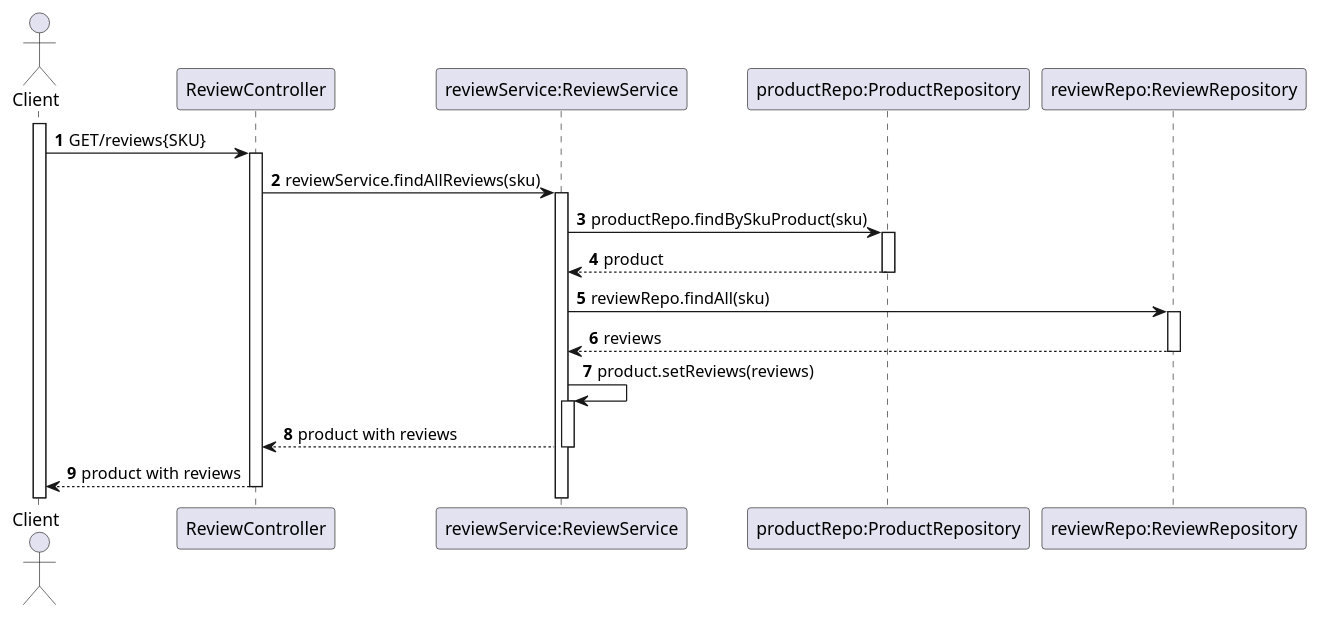
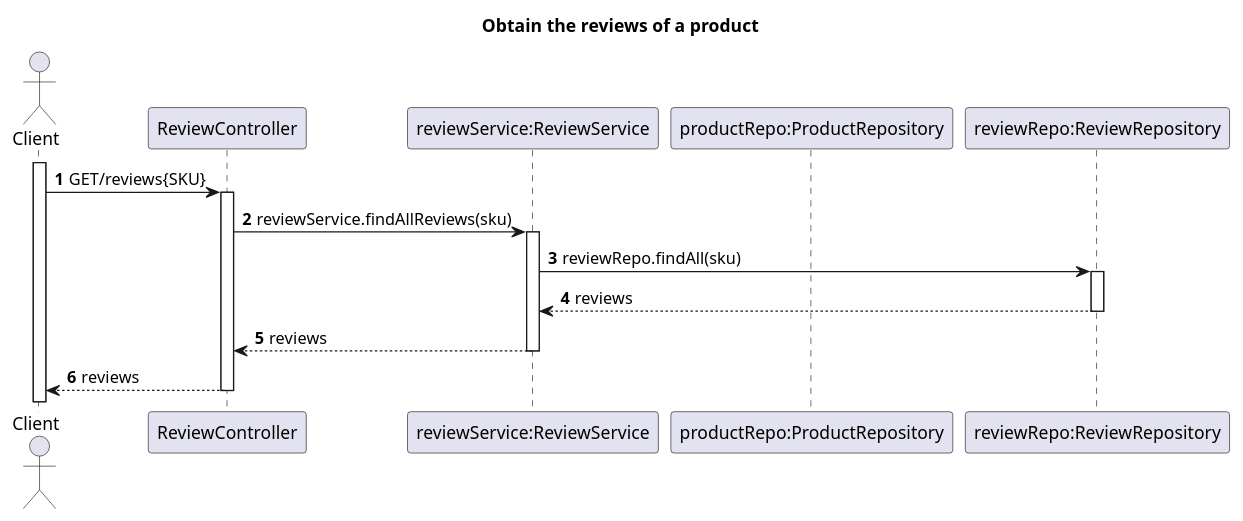
Before and after one commit to TiagoNora/SIDIS-Docs: the diagram in Docs/US05-SD.puml, drawn with PlantUML. The commit also changed 1 other file, not shown here.

```diff
--- a/Docs/US05-SD.puml
+++ b/Docs/US05-SD.puml
@@ -1,28 +1,25 @@
 @startuml
 'https://plantuml.com/sequence-diagram
-
+title Obtain the reviews of a product
 autoactivate on
 autonumber
 
 actor "Client" as Client
 
 participant "ReviewController" as CtrlR
 participant "reviewService:ReviewService" as SvcR
 participant "productRepo:ProductRepository" as RepoP
 participant "reviewRepo:ReviewRepository" as RepoR
 
 activate Client
 
 Client -> CtrlR : GET/reviews{SKU}
 CtrlR -> SvcR : reviewService.findAllReviews(sku)
-SvcR -> RepoP: productRepo.findBySkuProduct(sku)
-RepoP --> SvcR: product
 SvcR -> RepoR: reviewRepo.findAll(sku)
 RepoR --> SvcR: reviews
-SvcR -> SvcR: product.setReviews(reviews)
-SvcR --> CtrlR: product with reviews
-CtrlR --> "Client": product with reviews
+SvcR --> CtrlR: reviews
+CtrlR --> "Client": reviews
 
 
 
 @enduml
```
